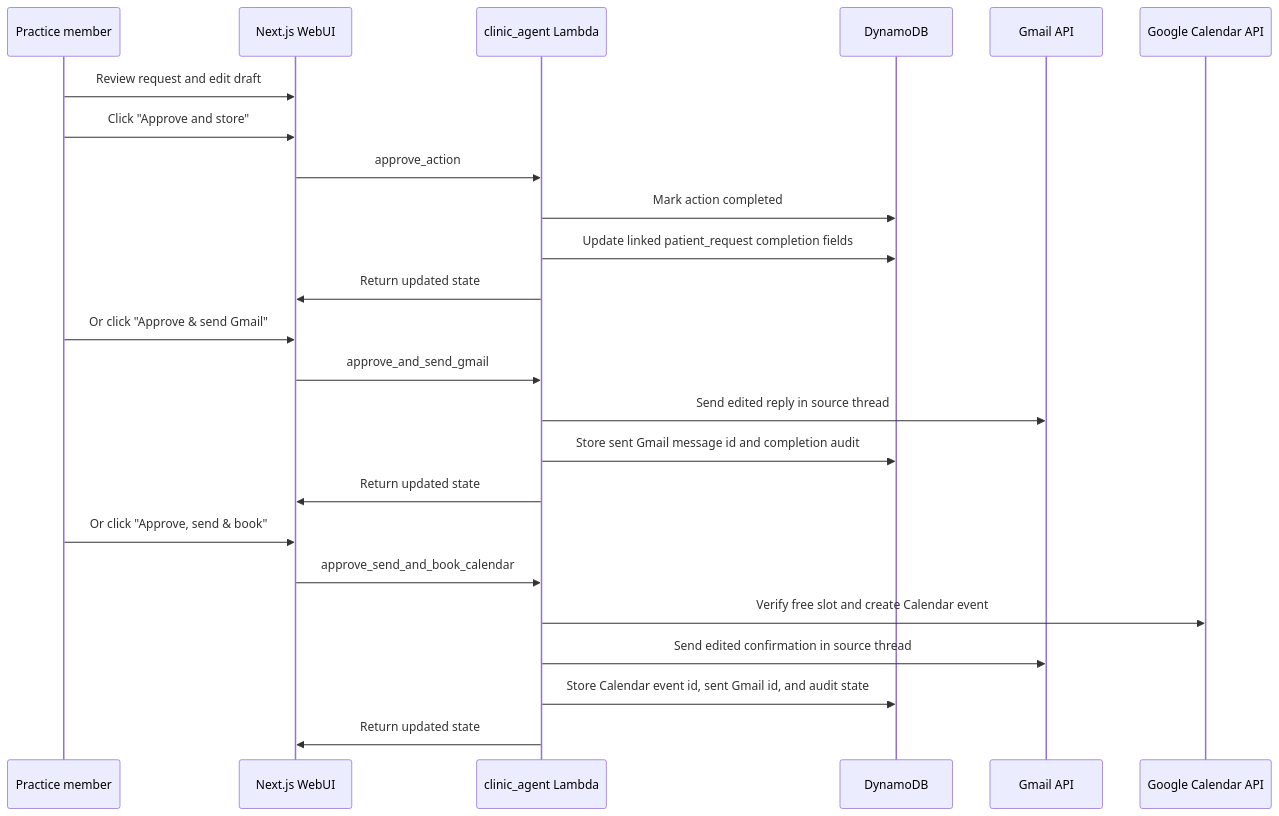
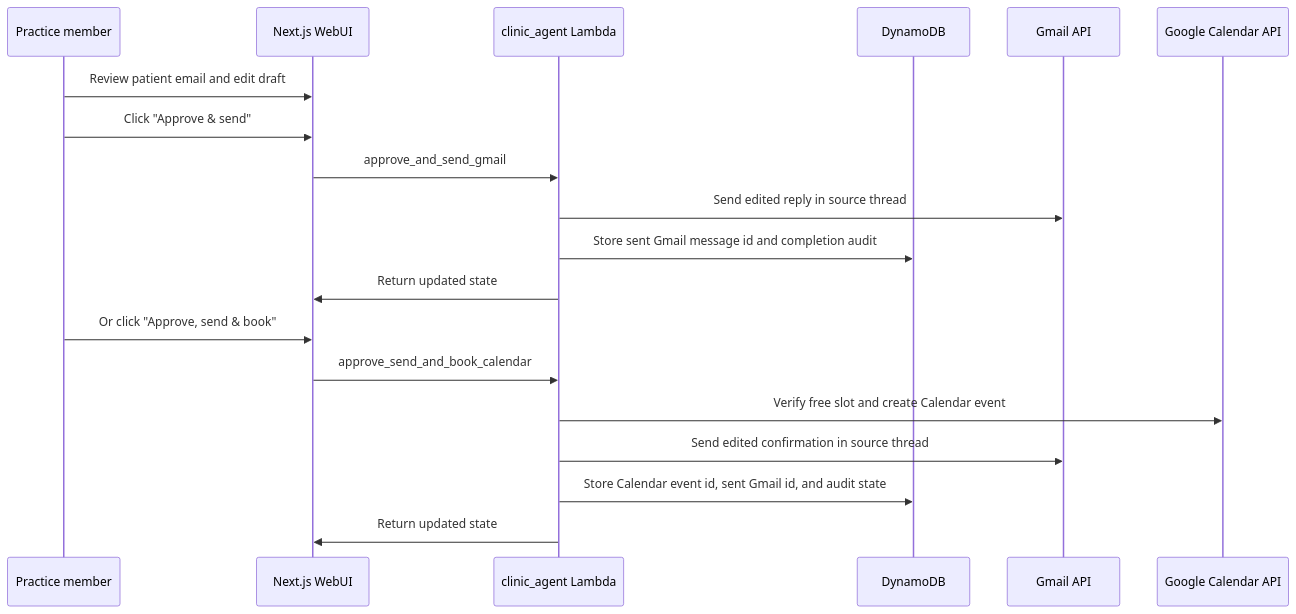
The fifth of 5 diagrams in docs/high-level-design.md (suhanisho/infiapp), drawn with Mermaid before and after one commit. The commit also changed other lines of this file and 4 other files, not shown here.

````diff
--- a/docs/high-level-design.md
+++ b/docs/high-level-design.md
@@ -577,29 +578,23 @@
 ```mermaid
 sequenceDiagram
     participant User as Practice member
     participant Web as Next.js WebUI
     participant Lambda as clinic_agent Lambda
     participant DB as DynamoDB
     participant Gmail as Gmail API
     participant Calendar as Google Calendar API
 
-    User->>Web: Review request and edit draft
-    User->>Web: Click "Approve and store"
-    Web->>Lambda: approve_action
-    Lambda->>DB: Mark action completed
-    Lambda->>DB: Update linked patient_request completion fields
-    Lambda->>Web: Return updated state
-
-    User->>Web: Or click "Approve & send Gmail"
+    User->>Web: Review patient email and edit draft
+    User->>Web: Click "Approve & send"
     Web->>Lambda: approve_and_send_gmail
     Lambda->>Gmail: Send edited reply in source thread
     Lambda->>DB: Store sent Gmail message id and completion audit
     Lambda->>Web: Return updated state
 
     User->>Web: Or click "Approve, send & book"
     Web->>Lambda: approve_send_and_book_calendar
     Lambda->>Calendar: Verify free slot and create Calendar event
     Lambda->>Gmail: Send edited confirmation in source thread
     Lambda->>DB: Store Calendar event id, sent Gmail id, and audit state
     Lambda->>Web: Return updated state
 ```
````
